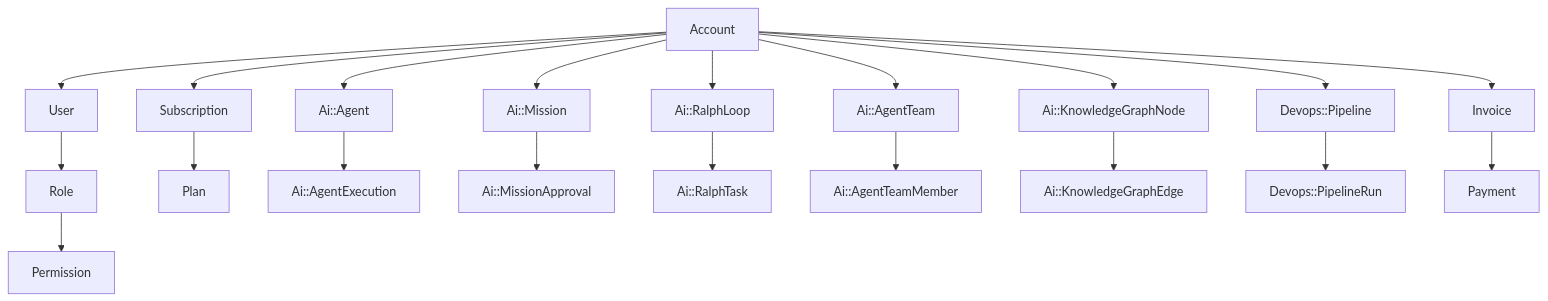
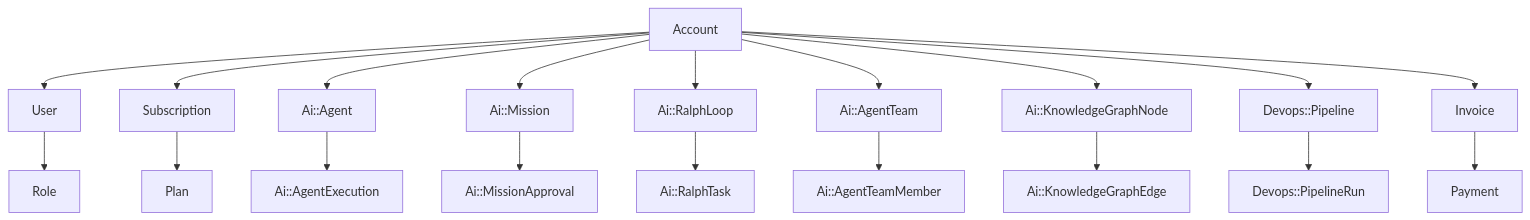
The third of 3 diagrams in docs/concepts/data-model.md (nodealchemy/powernode-platform), drawn with Mermaid before and after one commit. The commit also changed other lines of this file and 2 other files, not shown here.

First line of the commit message:
fix(docs): IMP-e71d4d2df687 drop dropped Permission model from schema docs

````diff
--- a/docs/concepts/data-model.md
+++ b/docs/concepts/data-model.md
@@ -298,43 +297,41 @@
 ```mermaid
 flowchart TB
     Account[Account]
     User[User]
     Role[Role]
-    Perm[Permission]
     Sub[Subscription]
     Plan[Plan]
     Agent[Ai::Agent]
     AgentExec[Ai::AgentExecution]
     Mission[Ai::Mission]
     MissionApp[Ai::MissionApproval]
     RalphLoop[Ai::RalphLoop]
     RalphTask[Ai::RalphTask]
     Team[Ai::AgentTeam]
     TeamMember[Ai::AgentTeamMember]
     KGNode[Ai::KnowledgeGraphNode]
     KGEdge[Ai::KnowledgeGraphEdge]
     Pipeline[Devops::Pipeline]
     PipelineRun[Devops::PipelineRun]
     Invoice[Invoice]
     Payment[Payment]
 
     Account --> User
     User --> Role
-    Role --> Perm
     Account --> Sub
     Sub --> Plan
     Account --> Agent
     Agent --> AgentExec
     Account --> Mission
     Mission --> MissionApp
     Account --> RalphLoop
     RalphLoop --> RalphTask
     Account --> Team
     Team --> TeamMember
     Account --> KGNode
     KGNode --> KGEdge
     Account --> Pipeline
     Pipeline --> PipelineRun
     Account --> Invoice
     Invoice --> Payment
 ```
````
